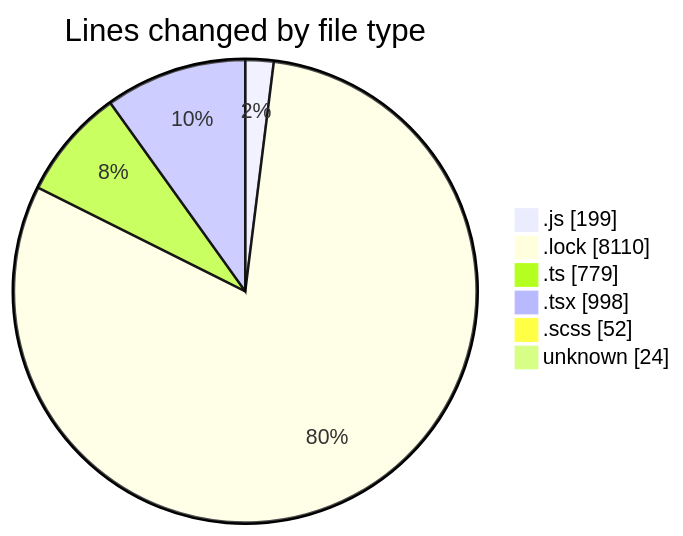
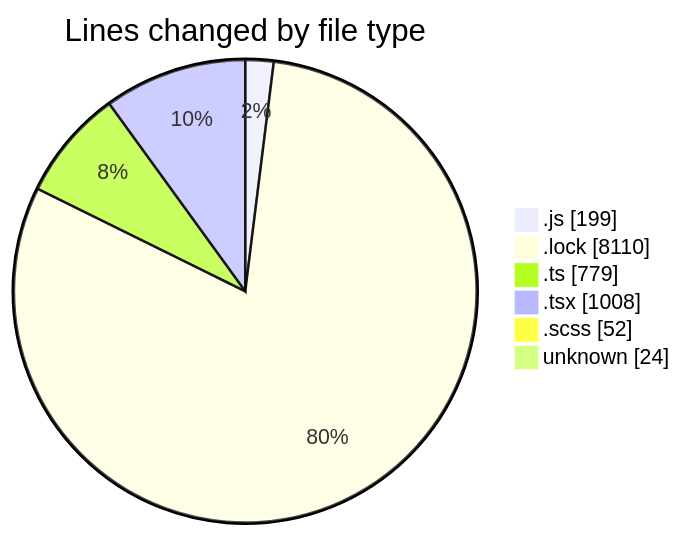
One commit to momahboobian/code-tracking changed the first of 2 diagrams in 2025-02-07/cda/README.md. Above: the diagram before and after it, drawn with Mermaid. The commit also changed other lines of this file and 1 other file, not shown here.

````diff
--- a/2025-02-07/cda/README.md
+++ b/2025-02-07/cda/README.md
@@ -57,10 +57,10 @@
 ```mermaid
 pie showData
 title Lines changed by file type
 ".js" : 199
 ".lock" : 8110
 ".ts" : 779
-".tsx" : 998
+".tsx" : 1008
 ".scss" : 52
 "unknown" : 24
 ```
````
